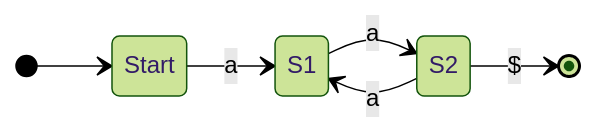
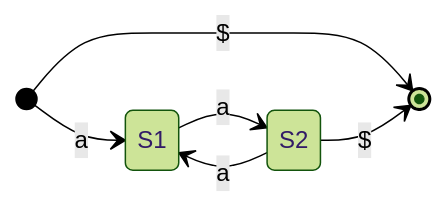
One commit to zinh/zinh.github.io changed the first of 3 diagrams in _posts/2023-09-09-regular-language-and-automata.markdown. Above: the diagram before and after it, drawn with Mermaid (forest theme). The commit also changed other lines of this file, not shown here.

````diff
--- a/_posts/2023-09-09-regular-language-and-automata.markdown
+++ b/_posts/2023-09-09-regular-language-and-automata.markdown
@@ -136,9 +154,9 @@
 ```mermaid
 stateDiagram-v2
   direction LR
-  [*] --> Start
-  Start --> S1: a
+  [*] --> S1: a
+  [*] --> [*]: $
   S1 --> S2: a
   S2 --> S1: a
   S2 --> [*]: $
 ```
````
